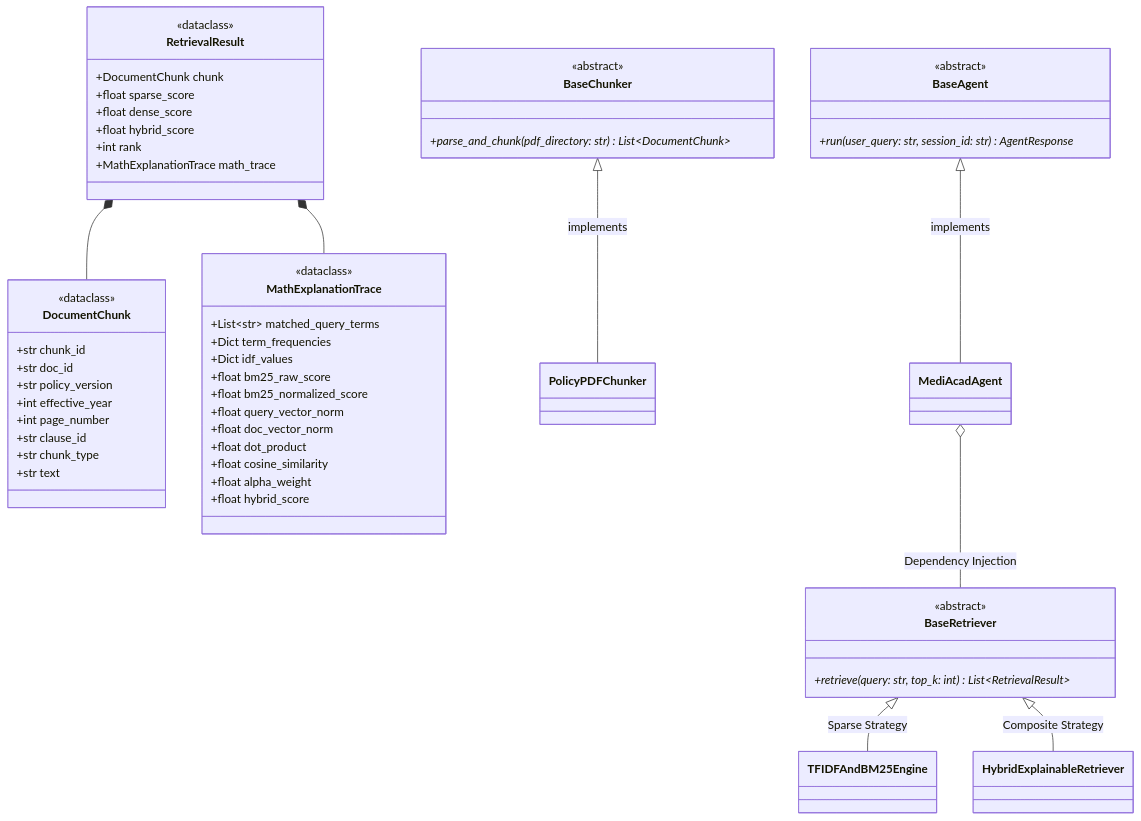
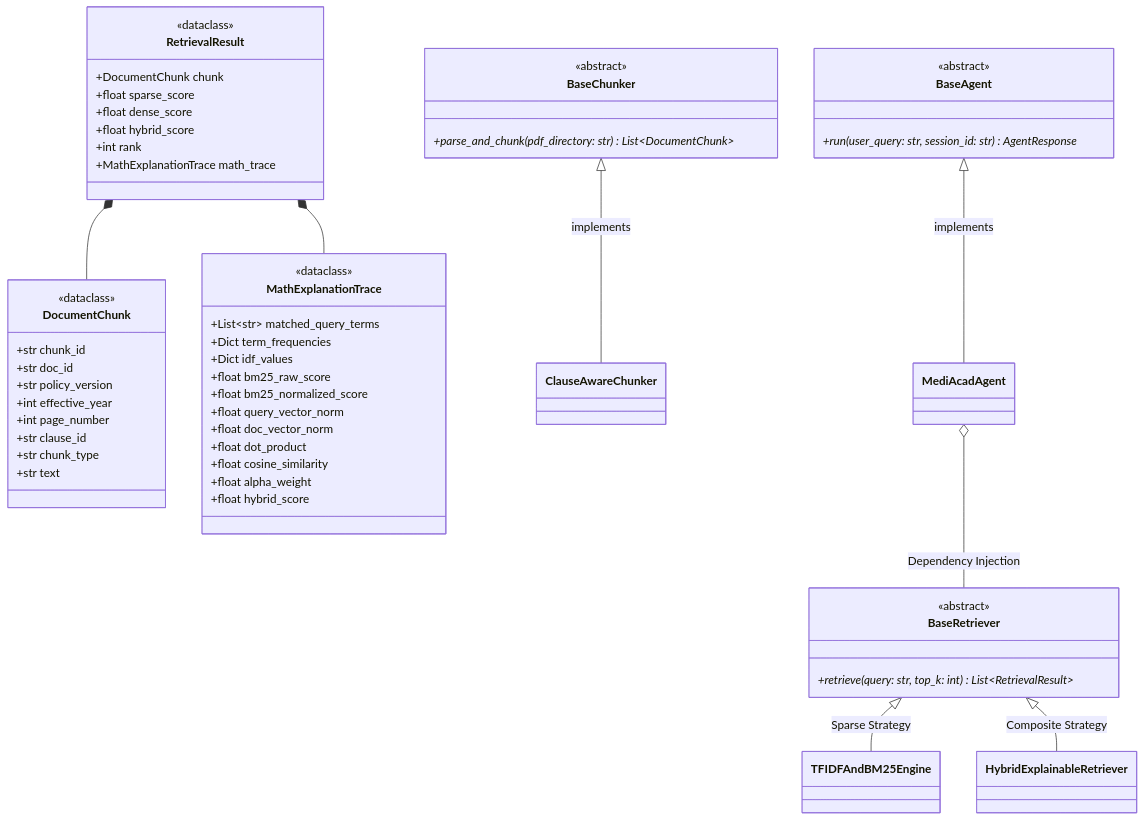
The third of 3 diagrams in README.md (adeeshachathurmina-ux/MediAcad-Agentic-RAG), drawn with Mermaid before and after one commit. The commit also changed other lines of this file and 10 other files, not shown here.

````diff
--- a/README.md
+++ b/README.md
@@ -145,62 +145,62 @@
 ```mermaid
 classDiagram
     class DocumentChunk {
         <<dataclass>>
         +str chunk_id
         +str doc_id
         +str policy_version
         +int effective_year
         +int page_number
         +str clause_id
         +str chunk_type
         +str text
     }
 
     class MathExplanationTrace {
         <<dataclass>>
         +List~str~ matched_query_terms
         +Dict term_frequencies
         +Dict idf_values
         +float bm25_raw_score
         +float bm25_normalized_score
         +float query_vector_norm
         +float doc_vector_norm
         +float dot_product
         +float cosine_similarity
         +float alpha_weight
         +float hybrid_score
     }
 
     class RetrievalResult {
         <<dataclass>>
         +DocumentChunk chunk
         +float sparse_score
         +float dense_score
         +float hybrid_score
         +int rank
         +MathExplanationTrace math_trace
     }
 
     class BaseChunker {
         <<abstract>>
         +parse_and_chunk(pdf_directory: str)* List~DocumentChunk~
     }
 
     class BaseRetriever {
         <<abstract>>
         +retrieve(query: str, top_k: int)* List~RetrievalResult~
     }
 
     class BaseAgent {
         <<abstract>>
         +run(user_query: str, session_id: str)* AgentResponse
     }
 
-    BaseChunker <|-- PolicyPDFChunker : implements
+    BaseChunker <|-- ClauseAwareChunker : implements
     BaseRetriever <|-- TFIDFAndBM25Engine : Sparse Strategy
     BaseRetriever <|-- HybridExplainableRetriever : Composite Strategy
     BaseAgent <|-- MediAcadAgent : implements
     RetrievalResult *-- DocumentChunk
     RetrievalResult *-- MathExplanationTrace
     MediAcadAgent o-- BaseRetriever : Dependency Injection
 ```
````
